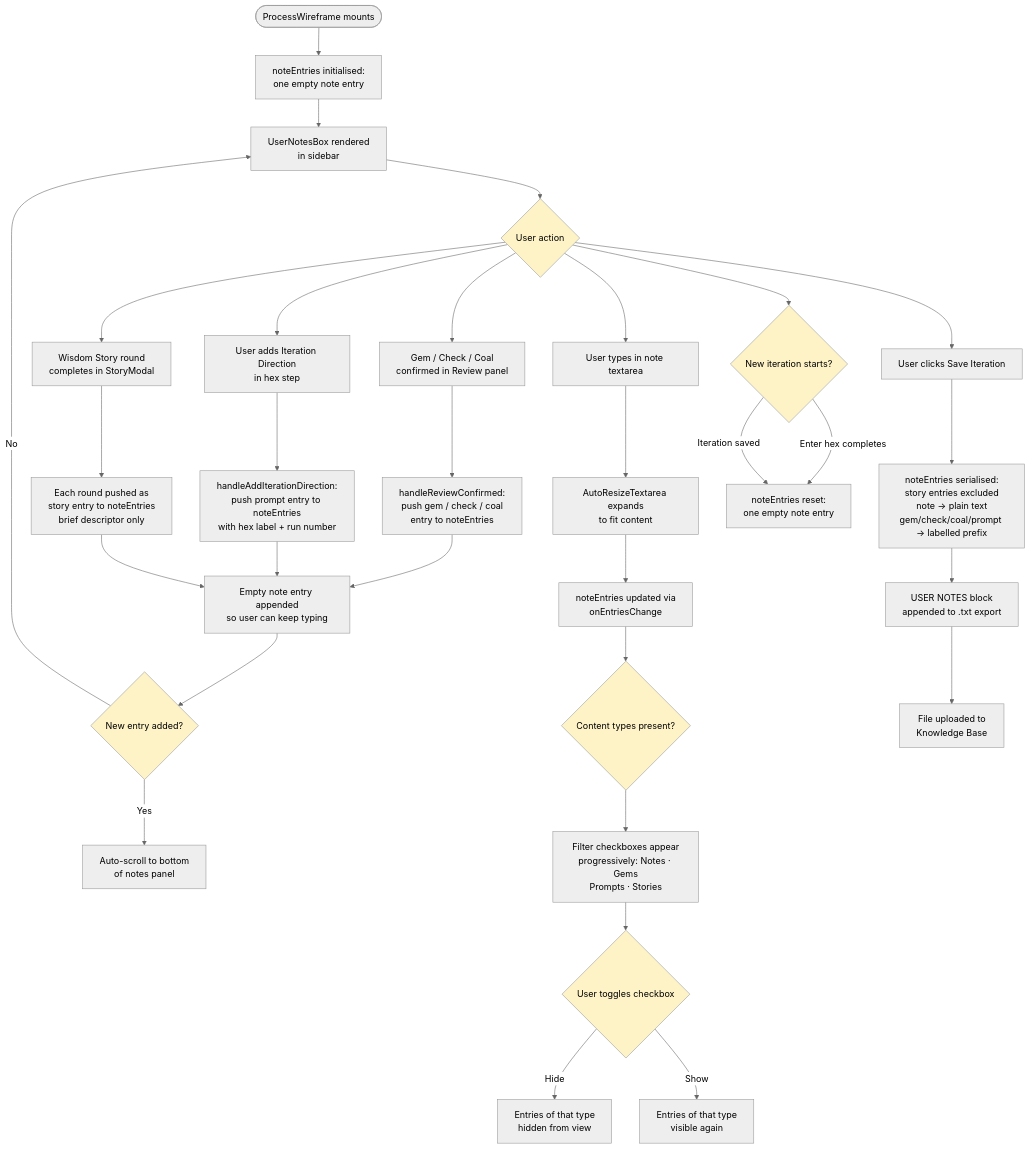
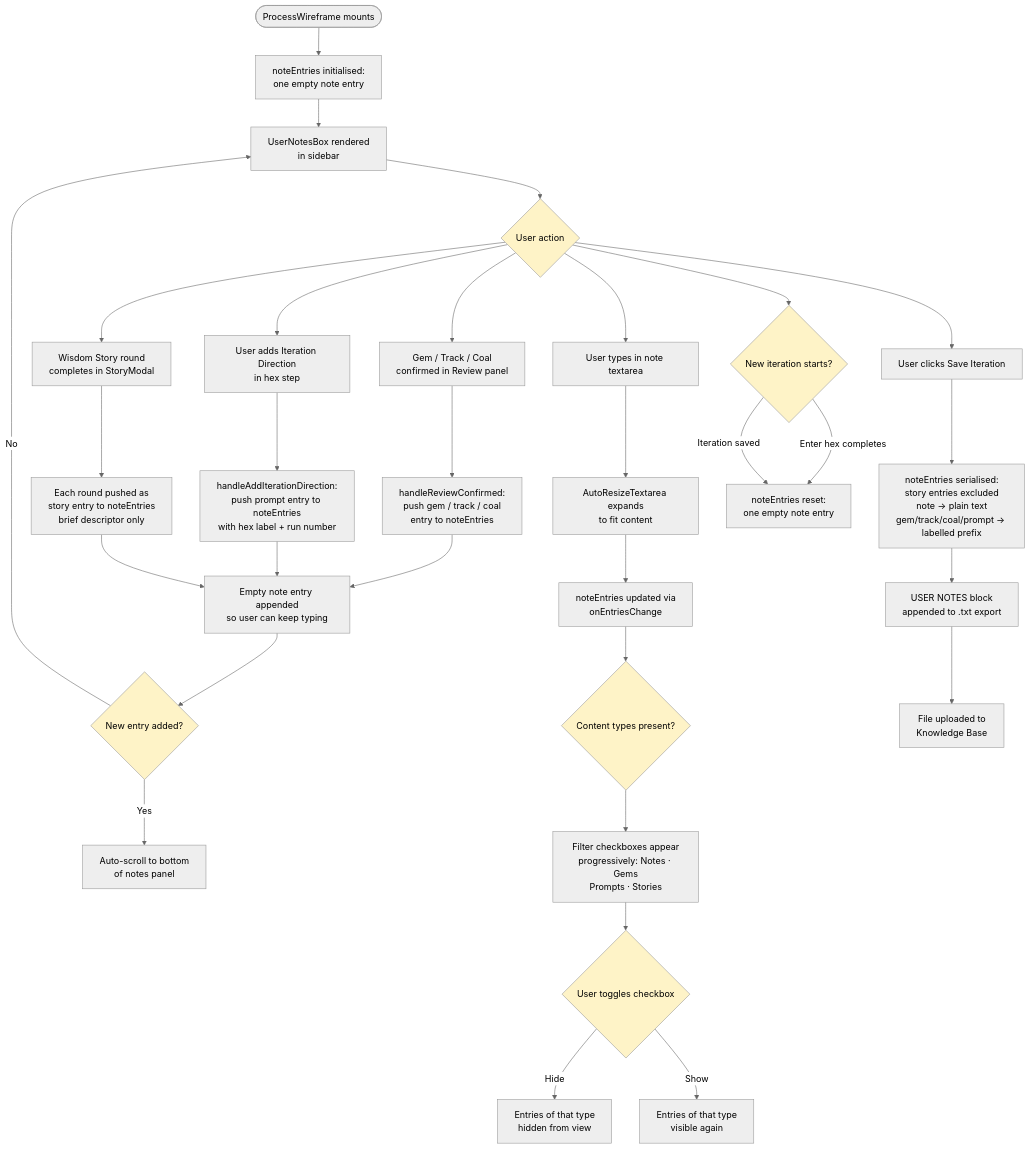
Diagram 15 of 16 in Website design 2.md (Lesliewoodresearch/CoHiveDatabricks3), drawn with Mermaid (neutral theme) before and after one commit. The commit also changed other lines of this file and 26 other files, not shown here.

````diff
--- a/Website design 2.md
+++ b/Website design 2.md
@@ -906,48 +908,48 @@
 ```mermaid
 flowchart TD
     A([ProcessWireframe mounts]) --> B[noteEntries initialised:\none empty note entry]
     B --> C[UserNotesBox rendered\nin sidebar]
 
     C --> D{User action}
 
     D --> E[User types in note textarea]
     E --> F[AutoResizeTextarea expands\nto fit content]
     F --> G[noteEntries updated via\nonEntriesChange]
 
-    D --> H[Gem / Check / Coal\nconfirmed in Review panel]
-    H --> I[handleReviewConfirmed:\npush gem / check / coal\nentry to noteEntries]
+    D --> H[Gem / Track / Coal\nconfirmed in Review panel]
+    H --> I[handleReviewConfirmed:\npush gem / track / coal\nentry to noteEntries]
     I --> J[Empty note entry appended\nso user can keep typing]
 
     D --> K[User adds Iteration Direction\nin hex step]
     K --> L[handleAddIterationDirection:\npush prompt entry to noteEntries\nwith hex label + run number]
     L --> J
 
     D --> M[Wisdom Story round\ncompletes in StoryModal]
     M --> N[Each round pushed as\nstory entry to noteEntries\nbrief descriptor only]
     N --> J
 
     J --> O{New entry added?}
     O -->|Yes| P[Auto-scroll to bottom\nof notes panel]
     O -->|No| C
 
     G --> Q{Content types present?}
     Q --> R[Filter checkboxes appear\nprogressively: Notes · Gems\nPrompts · Stories]
     R --> S{User toggles checkbox}
     S -->|Hide| T[Entries of that type\nhidden from view]
     S -->|Show| U[Entries of that type\nvisible again]
 
     D --> V[User clicks Save Iteration]
-    V --> W[noteEntries serialised:\nstory entries excluded\nnote → plain text\ngem/check/coal/prompt → labelled prefix]
+    V --> W[noteEntries serialised:\nstory entries excluded\nnote → plain text\ngem/track/coal/prompt → labelled prefix]
     W --> X[USER NOTES block\nappended to .txt export]
     X --> Y[File uploaded to\nKnowledge Base]
 
     D --> Z{New iteration starts?}
     Z -->|Enter hex completes| AA[noteEntries reset:\none empty note entry]
     Z -->|Iteration saved| AA
 
     style D fill:#fef3c7
     style Q fill:#fef3c7
     style S fill:#fef3c7
     style Z fill:#fef3c7
     style O fill:#fef3c7
 ```
````
